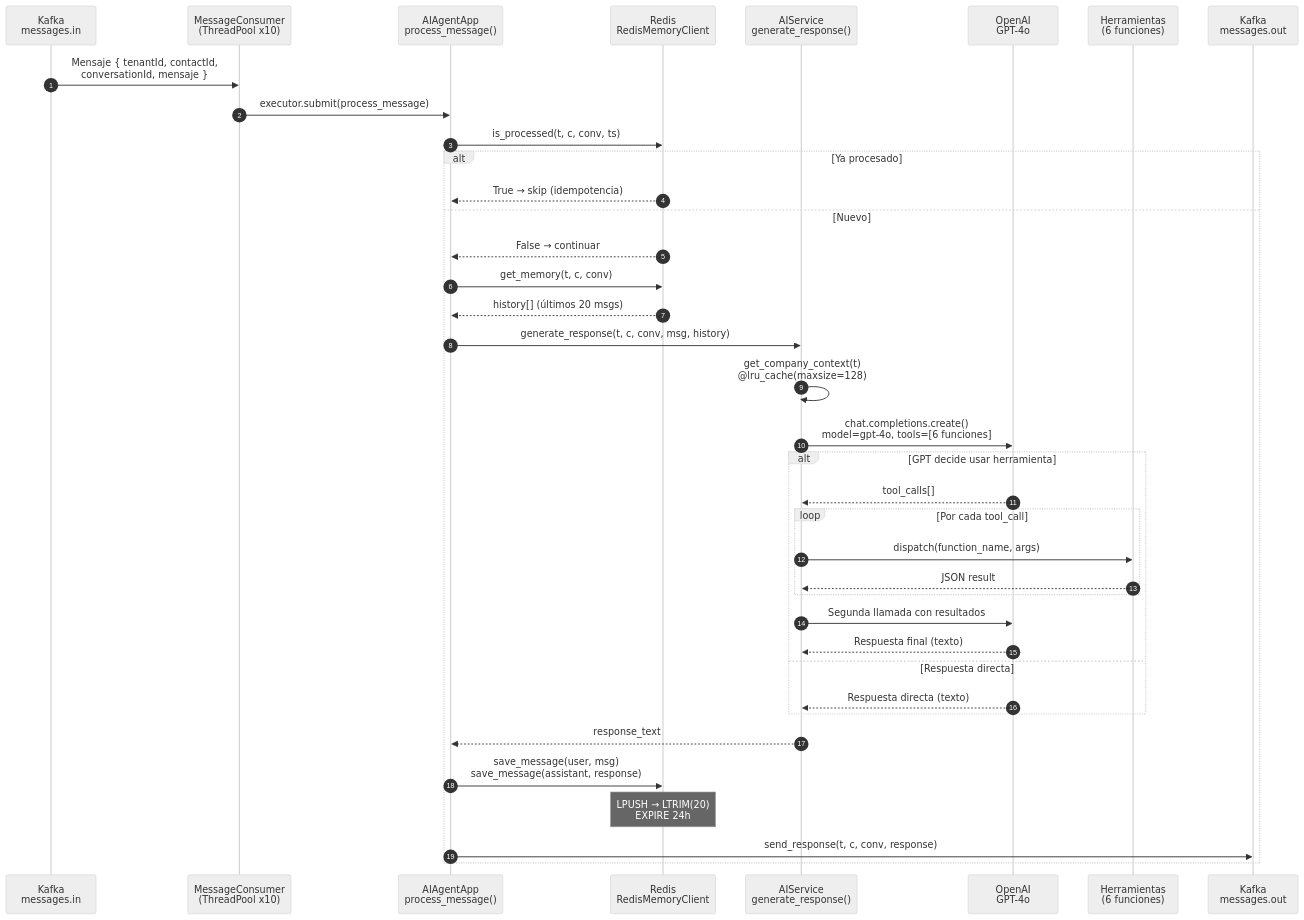
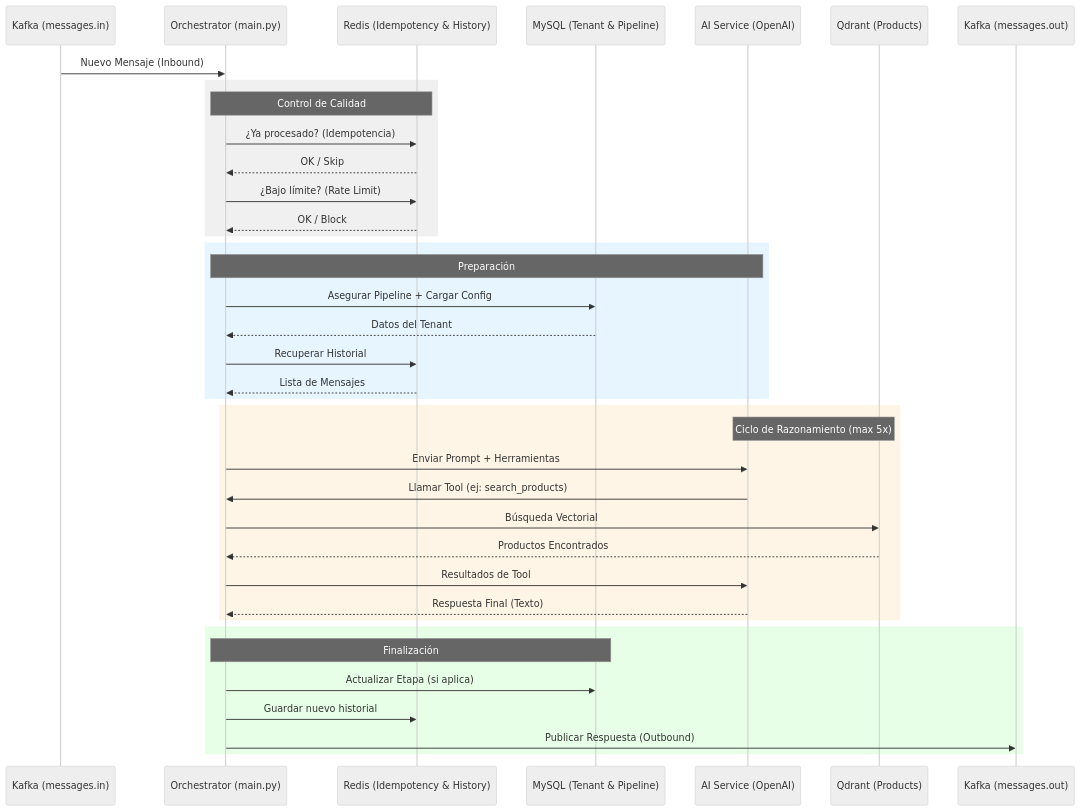
One commit to Pixelweb-co/cloudfly changed the diagram in docs/ai_agent_architecture.md. Above: the diagram before and after it, drawn with Mermaid (neutral theme). The commit also changed other lines of this file and 6 other files, not shown here.

Commit message:
feat: implement autonomous human handoff (roadmap #1)

````diff
--- a/docs/ai_agent_architecture.md
+++ b/docs/ai_agent_architecture.md
@@ -131,49 +38,45 @@
 ```mermaid
 sequenceDiagram
-    autonumber
-    participant K_IN as Kafka<br/>messages.in
-    participant CONS as MessageConsumer<br/>(ThreadPool x10)
-    participant APP as AIAgentApp<br/>process_message()
-    participant REDIS as Redis<br/>RedisMemoryClient
-    participant AI as AIService<br/>generate_response()
-    participant GPT as OpenAI<br/>GPT-4o
-    participant TOOLS as Herramientas<br/>(6 funciones)
-    participant K_OUT as Kafka<br/>messages.out
+    participant K as Kafka (messages.in)
+    participant O as Orchestrator (main.py)
+    participant R as Redis (Idempotency & History)
+    participant M as MySQL (Tenant & Pipeline)
+    participant AI as AI Service (OpenAI)
+    participant Q as Qdrant (Products)
+    participant P as Kafka (messages.out)
 
-    K_IN->>CONS: Mensaje { tenantId, contactId,<br/>conversationId, mensaje }
-    CONS->>APP: executor.submit(process_message)
+    K->>O: Nuevo Mensaje (Inbound)
+    
+    rect rgb(240, 240, 240)
+        Note over O,R: Control de Calidad
+        O->>R: ¿Ya procesado? (Idempotencia)
+        R-->>O: OK / Skip
+        O->>R: ¿Bajo límite? (Rate Limit)
+        R-->>O: OK / Block
+    end
 
-    APP->>REDIS: is_processed(t, c, conv, ts)
-    alt Ya procesado
-        REDIS-->>APP: True → skip (idempotencia)
-    else Nuevo
-        REDIS-->>APP: False → continuar
+    rect rgb(230, 245, 255)
+        Note over O,AI: Preparación
+        O->>M: Asegurar Pipeline + Cargar Config
+        M-->>O: Datos del Tenant
+        O->>R: Recuperar Historial
+        R-->>O: Lista de Mensajes
+    end
 
-        APP->>REDIS: get_memory(t, c, conv)
-        REDIS-->>APP: history[] (últimos 20 msgs)
+    rect rgb(255, 245, 230)
+        Note over AI,Q: Ciclo de Razonamiento (max 5x)
+        O->>AI: Enviar Prompt + Herramientas
+        AI->>O: Llamar Tool (ej: search_products)
+        O->>Q: Búsqueda Vectorial
+        Q-->>O: Productos Encontrados
+        O->>AI: Resultados de Tool
+        AI-->>O: Respuesta Final (Texto)
+    end
 
-        APP->>AI: generate_response(t, c, conv, msg, history)
-
-        AI->>AI: get_company_context(t)<br/>@lru_cache(maxsize=128)
-        AI->>GPT: chat.completions.create()<br/>model=gpt-4o, tools=[6 funciones]
-
-        alt GPT decide usar herramienta
-            GPT-->>AI: tool_calls[]
-            loop Por cada tool_call
-                AI->>TOOLS: dispatch(function_name, args)
-                TOOLS-->>AI: JSON result
-            end
-            AI->>GPT: Segunda llamada con resultados
-            GPT-->>AI: Respuesta final (texto)
-        else Respuesta directa
-            GPT-->>AI: Respuesta directa (texto)
-        end
-
-        AI-->>APP: response_text
-
-        APP->>REDIS: save_message(user, msg)<br/>save_message(assistant, response)
-        Note over REDIS: LPUSH → LTRIM(20)<br/>EXPIRE 24h
-
-        APP->>K_OUT: send_response(t, c, conv, response)
+    rect rgb(230, 255, 230)
+        Note over O,M: Finalización
+        O->>M: Actualizar Etapa (si aplica)
+        O->>R: Guardar nuevo historial
+        O->>P: Publicar Respuesta (Outbound)
     end
 ```
````
